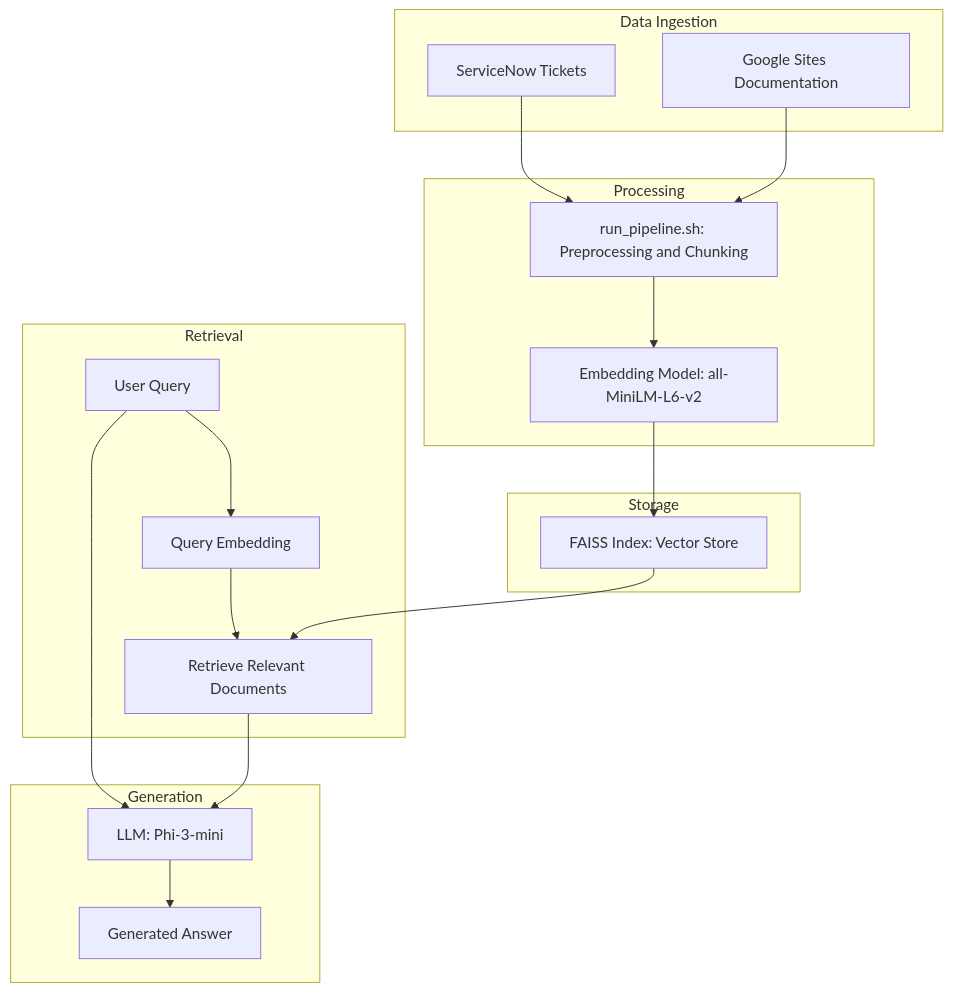
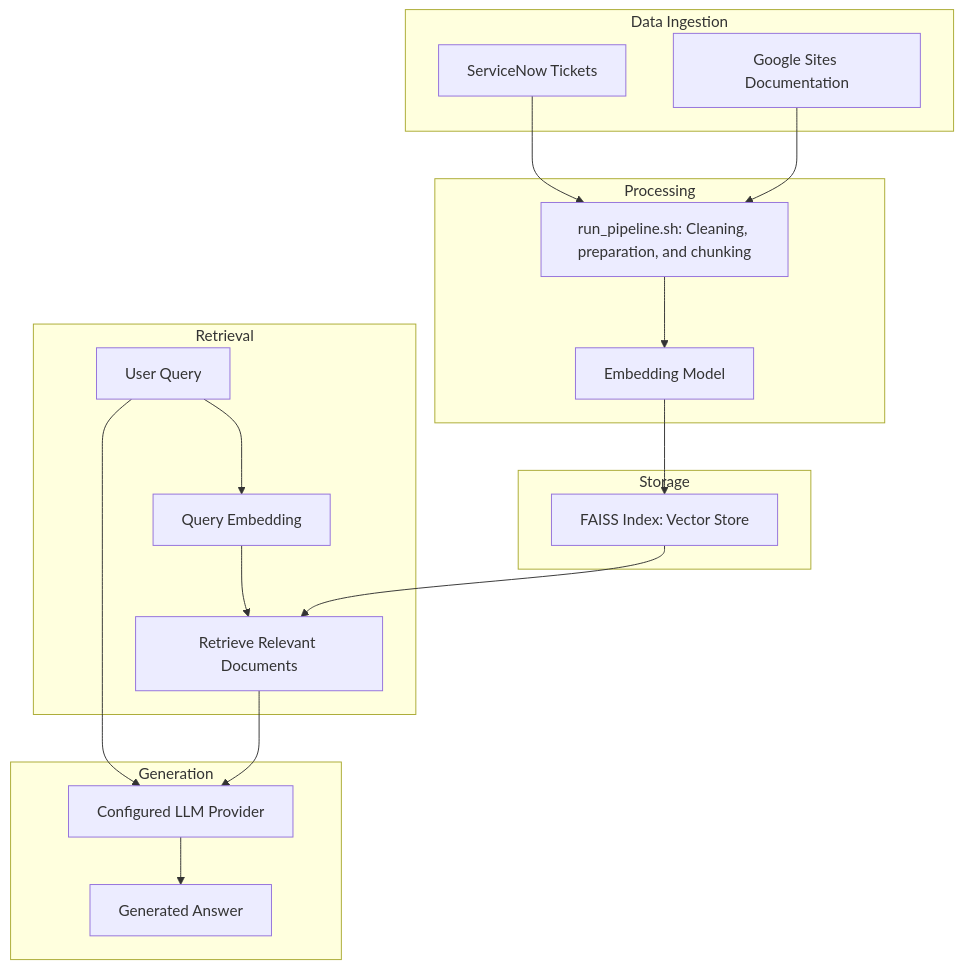
Before and after one commit to epunzal2/oarc-ai-assistant: the first of 3 diagrams in README.md, drawn with Mermaid. The commit also changed other lines of this file and 74 other files, not shown here.

Commit message:
docs: refresh architecture documentation

````diff
--- a/README.md
+++ b/README.md
@@ -9,38 +12,38 @@
 ```mermaid
 graph TD
     subgraph Data Ingestion
         A[ServiceNow Tickets]
         B[Google Sites Documentation]
     end
 
     subgraph Processing
-        C[run_pipeline.sh: Preprocessing and Chunking]
-        D[Embedding Model: all-MiniLM-L6-v2]
+        C[run_pipeline.sh: Cleaning, preparation, and chunking]
+        D[Embedding Model]
     end
 
     subgraph Storage
         E[FAISS Index: Vector Store]
     end
 
     subgraph Retrieval
         F[User Query]
         G[Query Embedding]
         H[Retrieve Relevant Documents]
     end
 
     subgraph Generation
-        I[LLM: Phi-3-mini]
+        I[Configured LLM Provider]
         J[Generated Answer]
     end
 
     A --> C
     B --> C
     C --> D
     D --> E
     F --> G
     G --> H
     E --> H
     H --> I
     F --> I
     I --> J
 ```
````
